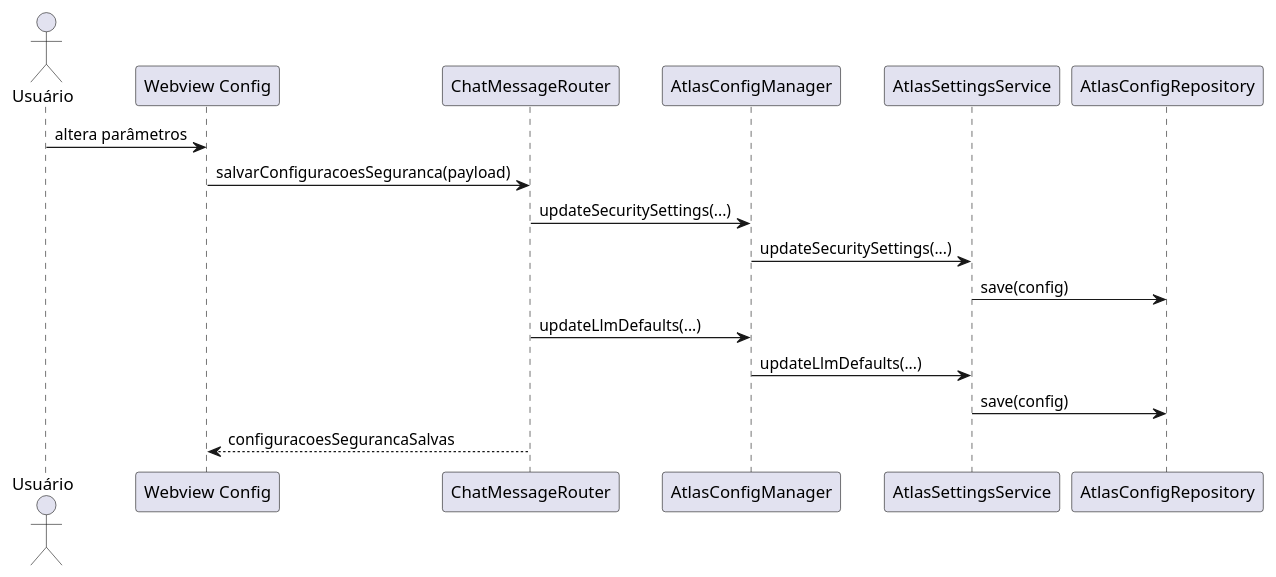
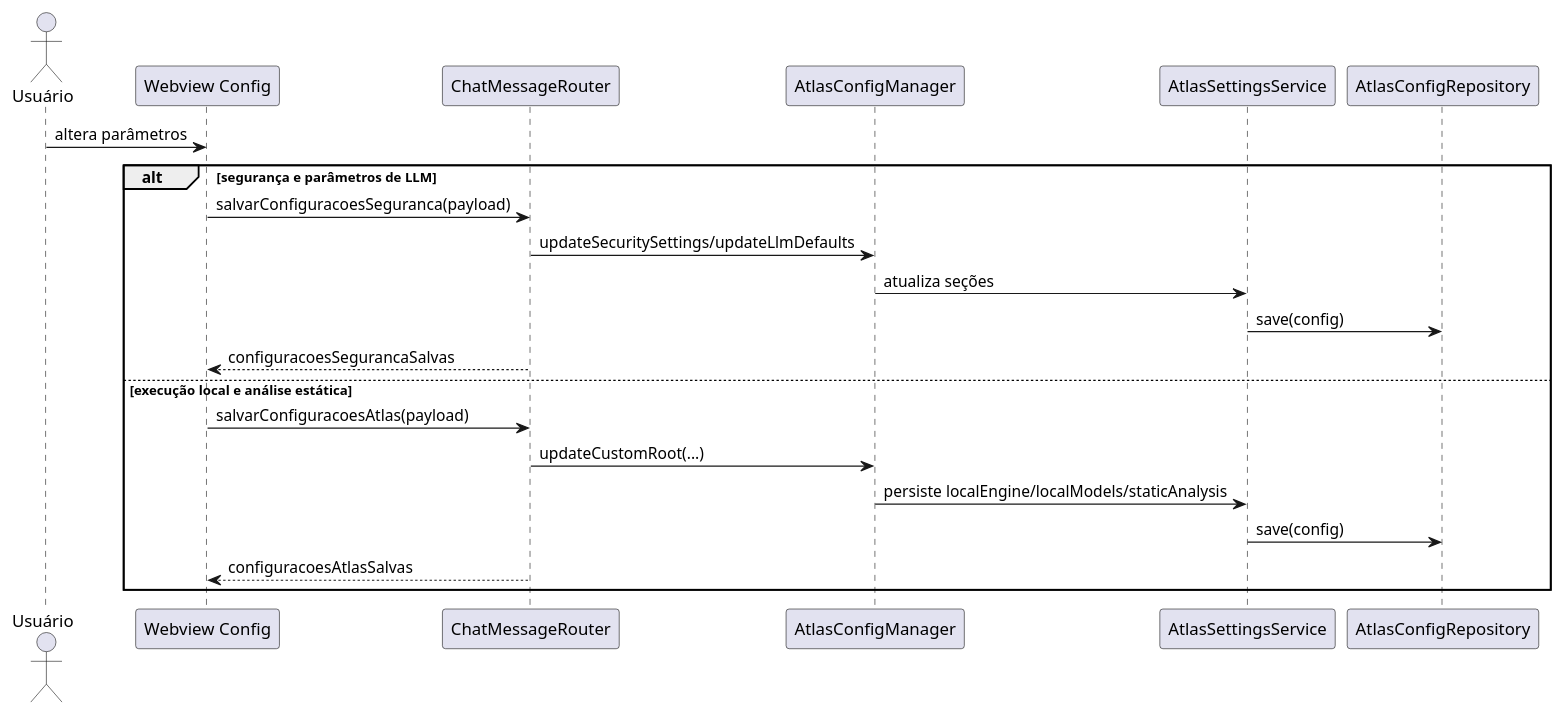
Before and after one commit to JVictorVI/ATLAS: diagram 16 of 40 in docs/plantuml-diagramas-por-caso-de-uso-atlas.md, drawn with PlantUML. The commit also changed other lines of this file and 2 other files, not shown here.

````diff
--- a/docs/plantuml-diagramas-por-caso-de-uso-atlas.md
+++ b/docs/plantuml-diagramas-por-caso-de-uso-atlas.md
@@ -546,21 +622,26 @@
 ```plantuml
 @startuml
 skinparam shadowing false
 actor Usuário
 participant "Webview Config" as Webview
 participant ChatMessageRouter as Router
 participant AtlasConfigManager as Config
 participant AtlasSettingsService as Settings
 participant AtlasConfigRepository as Repository
 
 Usuário -> Webview : altera parâmetros
-Webview -> Router : salvarConfiguracoesSeguranca(payload)
-Router -> Config : updateSecuritySettings(...)
-Config -> Settings : updateSecuritySettings(...)
-Settings -> Repository : save(config)
-Router -> Config : updateLlmDefaults(...)
-Config -> Settings : updateLlmDefaults(...)
-Settings -> Repository : save(config)
-Router --> Webview : configuracoesSegurancaSalvas
+alt segurança e parâmetros de LLM
+  Webview -> Router : salvarConfiguracoesSeguranca(payload)
+  Router -> Config : updateSecuritySettings/updateLlmDefaults
+  Config -> Settings : atualiza seções
+  Settings -> Repository : save(config)
+  Router --> Webview : configuracoesSegurancaSalvas
+else execução local e análise estática
+  Webview -> Router : salvarConfiguracoesAtlas(payload)
+  Router -> Config : updateCustomRoot(...)
+  Config -> Settings : persiste localEngine/localModels/staticAnalysis
+  Settings -> Repository : save(config)
+  Router --> Webview : configuracoesAtlasSalvas
+end
 @enduml
 ```
````
